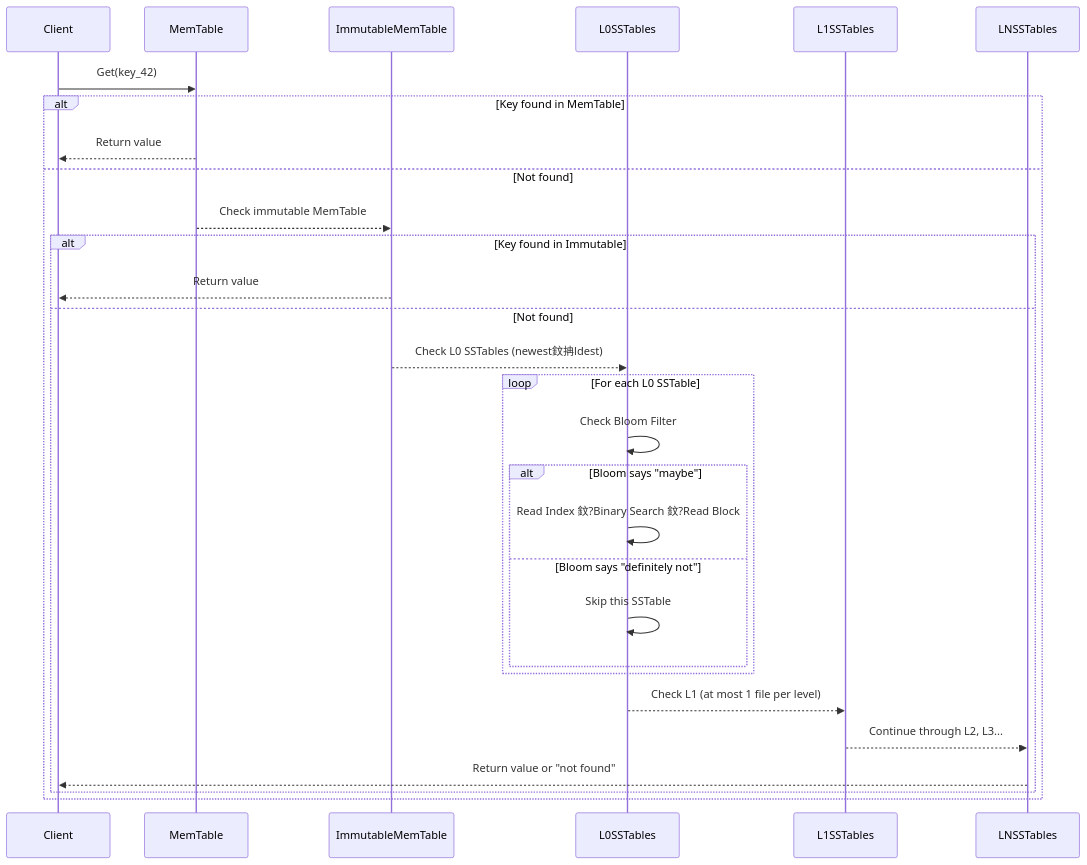
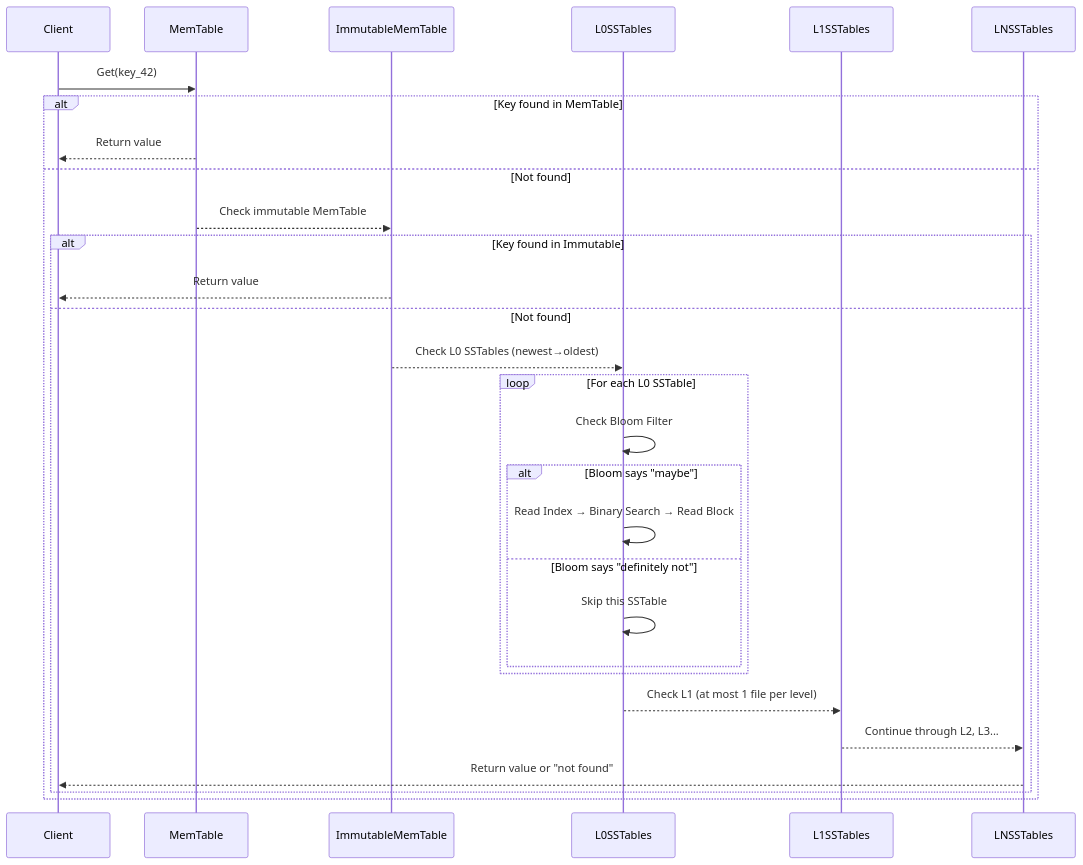
One commit to Thezx-a/LumenDB changed the second of 3 diagrams in deepvector/course/ch05_lsm_tree/05_LSM-Tree存储引擎_en.md. Above: the diagram before and after it, drawn with Mermaid. The commit also changed other lines of this file and 91 other files, not shown here.

````diff
--- a/deepvector/course/ch05_lsm_tree/05_LSM-Tree存储引擎_en.md
+++ b/deepvector/course/ch05_lsm_tree/05_LSM-Tree存储引擎_en.md
@@ -377,32 +389,32 @@
 ```mermaid
 sequenceDiagram
     participant Client
     participant MemTable
     participant ImmutableMemTable
     participant L0SSTables
     participant L1SSTables
     participant LNSSTables
 
     Client->>MemTable: Get(key_42)
     alt Key found in MemTable
         MemTable-->>Client: Return value
     else Not found
         MemTable-->>ImmutableMemTable: Check immutable MemTable
         alt Key found in Immutable
             ImmutableMemTable-->>Client: Return value
         else Not found
-            ImmutableMemTable-->>L0SSTables: Check L0 SSTables (newest鈫抩ldest)
+            ImmutableMemTable-->>L0SSTables: Check L0 SSTables (newest→oldest)
             loop For each L0 SSTable
                 L0SSTables->>L0SSTables: Check Bloom Filter
                 alt Bloom says "maybe"
-                    L0SSTables->>L0SSTables: Read Index 鈫?Binary Search 鈫?Read Block
+                    L0SSTables->>L0SSTables: Read Index → Binary Search → Read Block
                 else Bloom says "definitely not"
                     L0SSTables->>L0SSTables: Skip this SSTable
                 end
             end
             L0SSTables-->>L1SSTables: Check L1 (at most 1 file per level)
             L1SSTables-->>LNSSTables: Continue through L2, L3...
             LNSSTables-->>Client: Return value or "not found"
         end
     end
 ```
````
